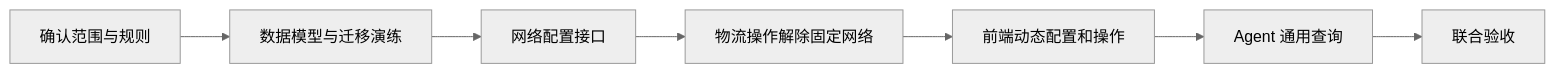
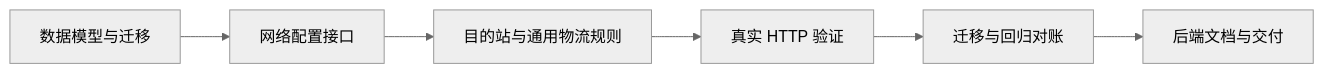
One commit to NikFranki/jingpo-logistics-system changed the diagram in docs/技术方案/v3/be/plan.md. Above: the diagram before and after it, drawn with Mermaid (neutral theme). The commit also changed other lines of this file and 18 other files, not shown here.

````diff
--- a/docs/技术方案/v3/be/plan.md
+++ b/docs/技术方案/v3/be/plan.md
@@ -9,9 +9,8 @@
 ```mermaid
 flowchart LR
-    R[确认范围与规则] --> M[数据模型与迁移演练]
-    M --> N[网络配置接口]
-    N --> B[物流操作解除固定网络]
-    B --> F[前端动态配置和操作]
-    F --> A[Agent 通用查询]
-    A --> V[联合验收]
+    M[数据模型与迁移] --> N[网络配置接口]
+    N --> B[目的站与通用物流规则]
+    B --> H[真实 HTTP 验证]
+    H --> V[迁移与回归对账]
+    V --> D[后端文档与交付]
 ```
````
